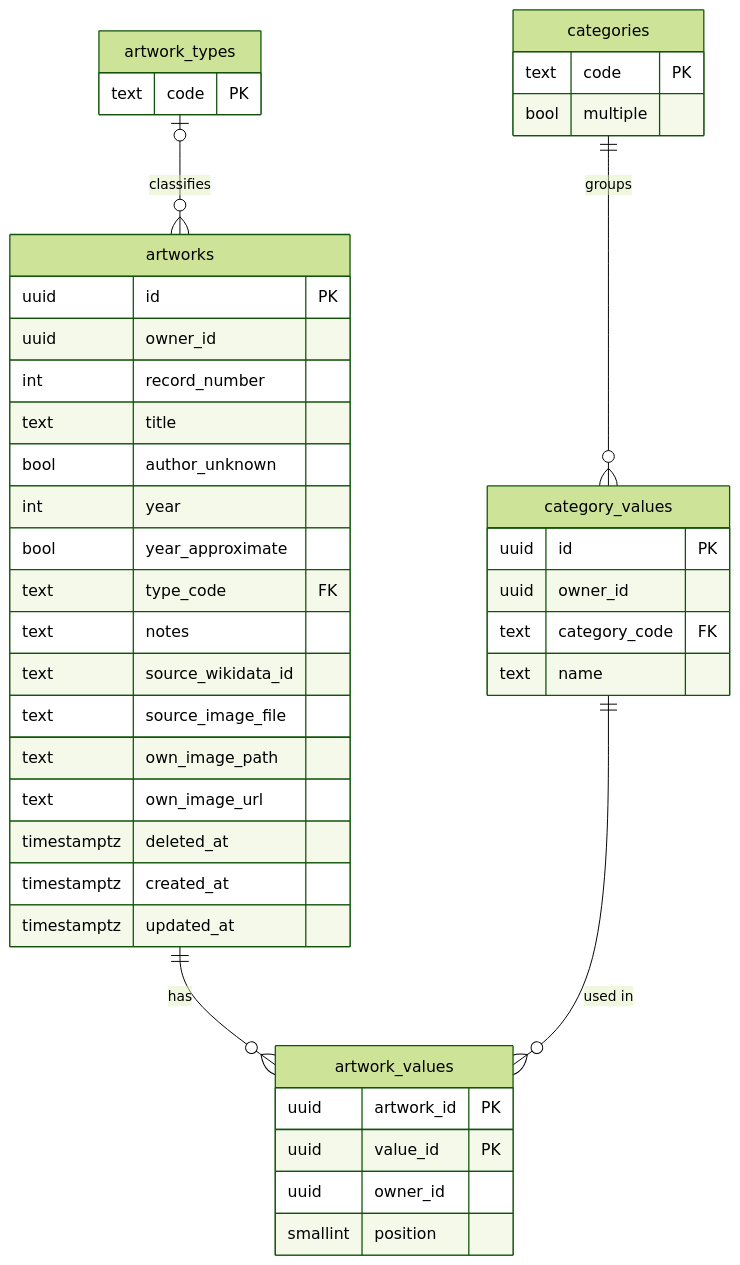
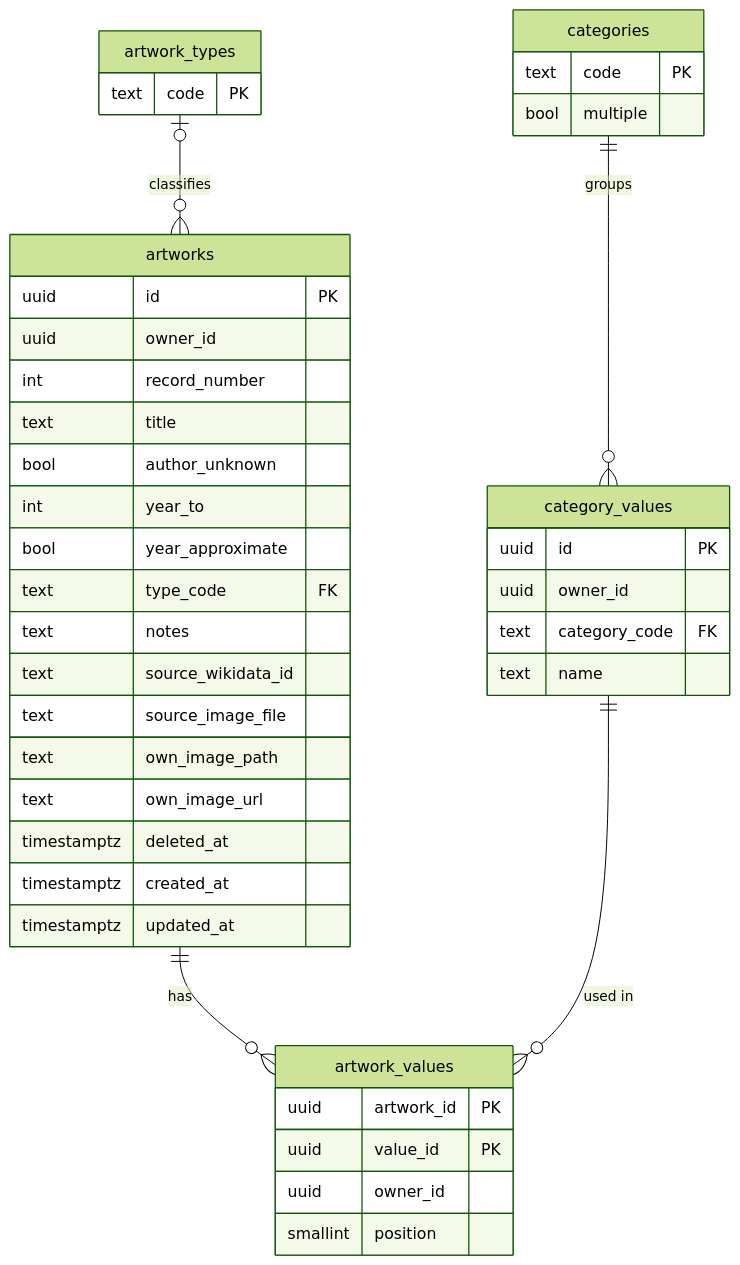
The diagram in docs/decisions/0014-artwork-collection-data-model.md (kamil-nawrot/study-atelier), drawn with Mermaid (forest theme) before and after one commit. The commit also changed other lines of this file and 19 other files, not shown here.

````diff
--- a/docs/decisions/0014-artwork-collection-data-model.md
+++ b/docs/decisions/0014-artwork-collection-data-model.md
@@ -47,44 +47,44 @@
 ```mermaid
 erDiagram
     artworks ||--o{ artwork_values : has
     category_values ||--o{ artwork_values : "used in"
     categories ||--o{ category_values : groups
     artwork_types |o--o{ artworks : classifies
     artworks {
         uuid id PK
         uuid owner_id
         int record_number
         text title
         bool author_unknown
-        int year
+        int year_to
         bool year_approximate
         text type_code FK
         text notes
         text source_wikidata_id
         text source_image_file
         text own_image_path
         text own_image_url
         timestamptz deleted_at
         timestamptz created_at
         timestamptz updated_at
     }
     category_values {
         uuid id PK
         uuid owner_id
         text category_code FK
         text name
     }
     artwork_values {
         uuid artwork_id PK
         uuid value_id PK
         uuid owner_id
         smallint position
     }
     categories {
         text code PK
         bool multiple
     }
     artwork_types {
         text code PK
     }
 ```
````
